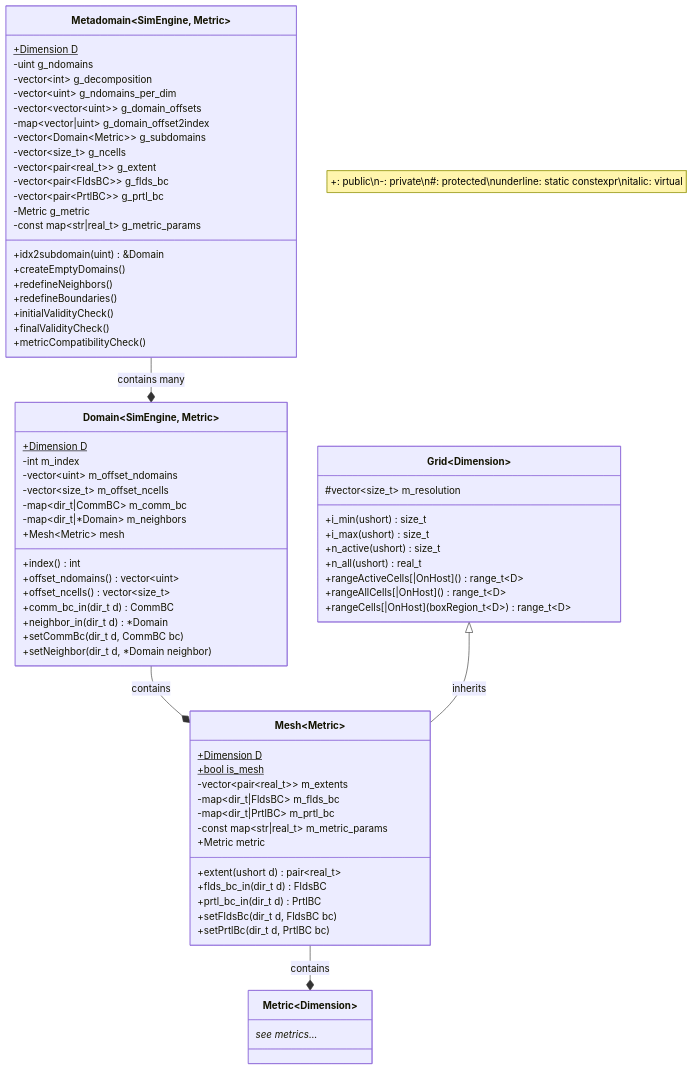
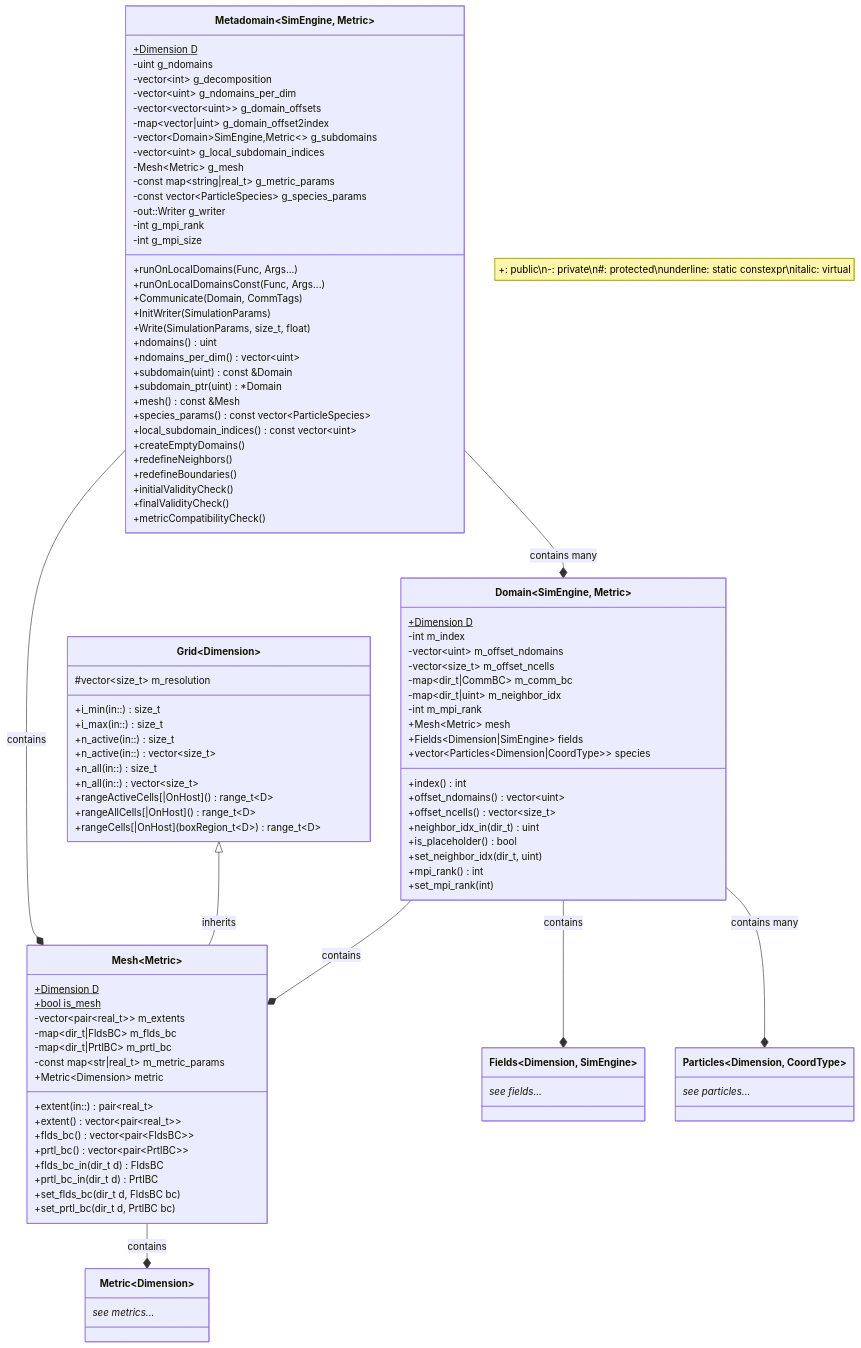
One commit to entity-toolkit/wiki changed the diagram in docs/code/domains.md. Above: the diagram before and after it, drawn with Mermaid. The commit also changed other lines of this file and 13 other files, not shown here.

````diff
--- a/docs/code/domains.md
+++ b/docs/code/domains.md
@@ -18,14 +63,26 @@
     -vector~uint~ g_ndomains_per_dim
     -vector~vector~uint~~ g_domain_offsets
     -map~vector|uint~ g_domain_offset2index
-    -vector~Domain~Metric~~ g_subdomains
-    -vector~size_t~ g_ncells
-    -vector~pair~real_t~~ g_extent
-    -vector~pair~FldsBC~~ g_flds_bc
-    -vector~pair~PrtlBC~~ g_prtl_bc
-    -Metric g_metric
-    -const map~str|real_t~ g_metric_params
-    +idx2subdomain(uint) &Domain
+    -vector~Domain~SimEngine,Metric~~ g_subdomains
+    -vector~uint~ g_local_subdomain_indices
+    -Mesh~Metric~ g_mesh
+    -const map~string|real_t~ g_metric_params
+    -const vector~ParticleSpecies~ g_species_params
+    -out::Writer g_writer
+    -int g_mpi_rank
+    -int g_mpi_size
+    +runOnLocalDomains(Func, Args...)
+    +runOnLocalDomainsConst(Func, Args...)
+    +Communicate(Domain, CommTags)
+    +InitWriter(SimulationParams)
+    +Write(SimulationParams, size_t, float)
+    +ndomains() uint
+    +ndomains_per_dim() vector~uint~
+    +subdomain(uint) const &Domain
+    +subdomain_ptr(uint) *Domain
+    +mesh() const &Mesh
+    +species_params() const vector~ParticleSpecies~
+    +local_subdomain_indices() const vector~uint~
     +createEmptyDomains()
     +redefineNeighbors()
     +redefineBoundaries()
@@ -39,22 +96,28 @@
     -vector~uint~ m_offset_ndomains
     -vector~size_t~ m_offset_ncells
     -map~dir_t|CommBC~ m_comm_bc
-    -map~dir_t|*Domain~ m_neighbors
+    -map~dir_t|uint~ m_neighbor_idx
+    -int m_mpi_rank
     +Mesh~Metric~ mesh
+    +Fields~Dimension|SimEngine~ fields
+    +vector~Particles~Dimension|CoordType~~ species
     +index() int
     +offset_ndomains() vector~uint~
     +offset_ncells() vector~size_t~
-    +comm_bc_in(dir_t d) CommBC
-    +neighbor_in(dir_t d) *Domain
-    +setCommBc(dir_t d, CommBC bc)
-    +setNeighbor(dir_t d, *Domain neighbor)
+    +neighbor_idx_in(dir_t) uint
+    +is_placeholder() bool
+    +set_neighbor_idx(dir_t, uint)
+    +mpi_rank() int
+    +set_mpi_rank(int)
   }
   class Grid~Dimension~{
     #vector~size_t~ m_resolution
-    +i_min(ushort) size_t
-    +i_max(ushort) size_t
-    +n_active(ushort) size_t
-    +n_all(ushort) real_t
+    +i_min(in::) size_t
+    +i_max(in::) size_t
+    +n_active(in::) size_t
+    +n_active(in::) vector~size_t~
+    +n_all(in::) size_t
+    +n_all(in::) vector~size_t~
     +rangeActiveCells[|OnHost]() range_t~D~
     +rangeAllCells[|OnHost]() range_t~D~
     +rangeCells[|OnHost](boxRegion_t~D~) range_t~D~
@@ -66,20 +129,32 @@
     -map~dir_t|FldsBC~ m_flds_bc
     -map~dir_t|PrtlBC~ m_prtl_bc
     -const map~str|real_t~ m_metric_params
-    +Metric metric
-    +extent(ushort d) pair~real_t~
+    +Metric~Dimension~ metric
+    +extent(in::) pair~real_t~
+    +extent() vector~pair~real_t~~
+    +flds_bc() vector~pair~FldsBC~~
+    +prtl_bc() vector~pair~PrtlBC~~
     +flds_bc_in(dir_t d) FldsBC
     +prtl_bc_in(dir_t d) PrtlBC
-    +setFldsBc(dir_t d, FldsBC bc)
-    +setPrtlBc(dir_t d, PrtlBC bc)
+    +set_flds_bc(dir_t d, FldsBC bc)
+    +set_prtl_bc(dir_t d, PrtlBC bc)
   }
   class Metric~Dimension~{
     see metrics...*
+  }
+  class Fields~Dimension, SimEngine~{
+    see fields...*
+  }
+  class Particles~Dimension, CoordType~{
+    see particles...*
   }
   Domain --* Mesh : contains
   Grid <|-- Mesh : inherits
   Mesh --* Metric : contains
   Metadomain --* Domain : contains many
+  Metadomain --* Mesh : contains
+  Domain --* Fields : contains
+  Domain --* Particles : contains many
 
   note "+: public\n-: private\n#: protected\nunderline: static constexpr\nitalic: virtual"
 ```
````
